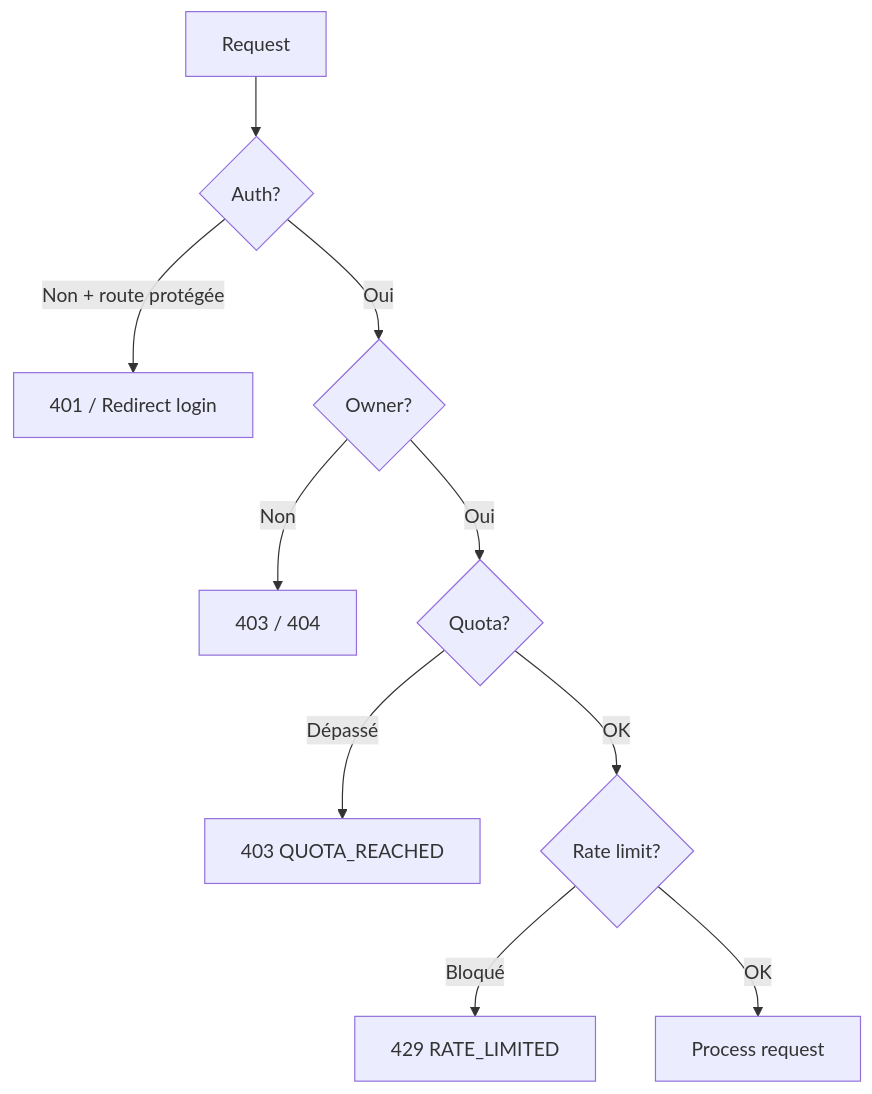
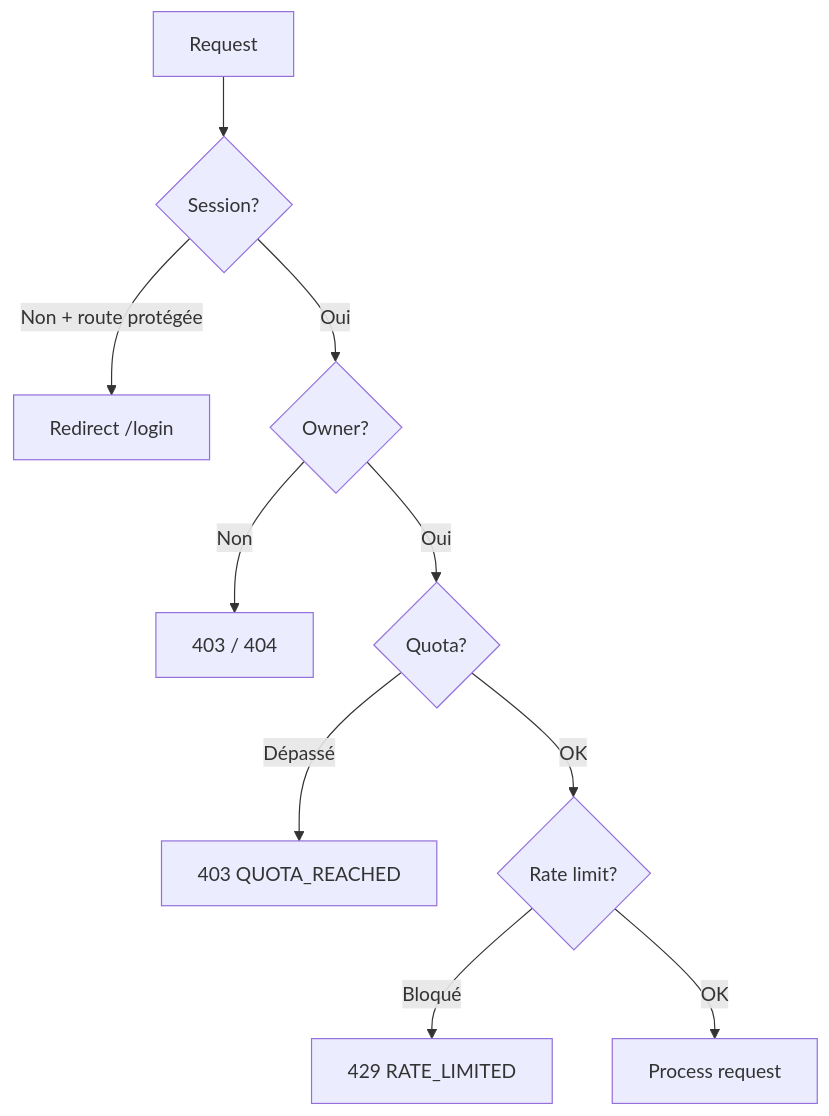
One commit to cv-pro-org/cv-pro-specifications changed the fifth of 5 diagrams in 05-design/diagramme-systeme.md. Above: the diagram before and after it, drawn with Mermaid. The commit also changed other lines of this file and 14 other files, not shown here.

````diff
--- a/05-design/diagramme-systeme.md
+++ b/05-design/diagramme-systeme.md
@@ -149,12 +155,12 @@
 ```mermaid
 flowchart TD
-    A[Request] --> B{Auth?}
-    B -->|Non + route protégée| C[401 / Redirect login]
+    A[Request] --> B{Session?}
+    B -->|Non + route protégée| C[Redirect /login]
     B -->|Oui| D{Owner?}
     D -->|Non| E[403 / 404]
     D -->|Oui| F{Quota?}
     F -->|Dépassé| G[403 QUOTA_REACHED]
     F -->|OK| H{Rate limit?}
     H -->|Bloqué| I[429 RATE_LIMITED]
     H -->|OK| J[Process request]
 ```
````
